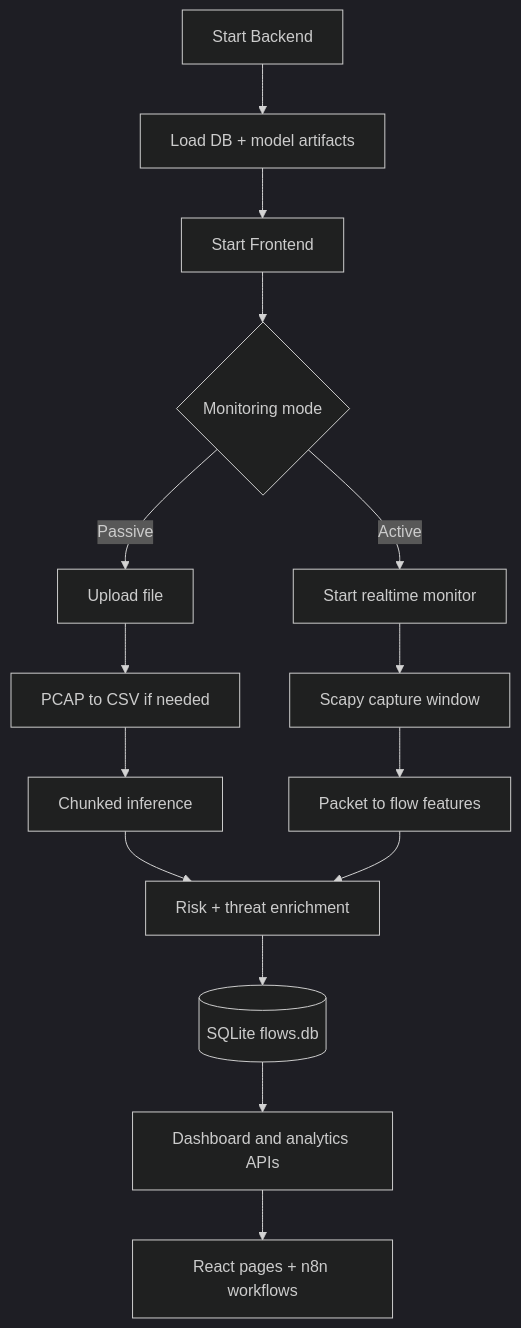
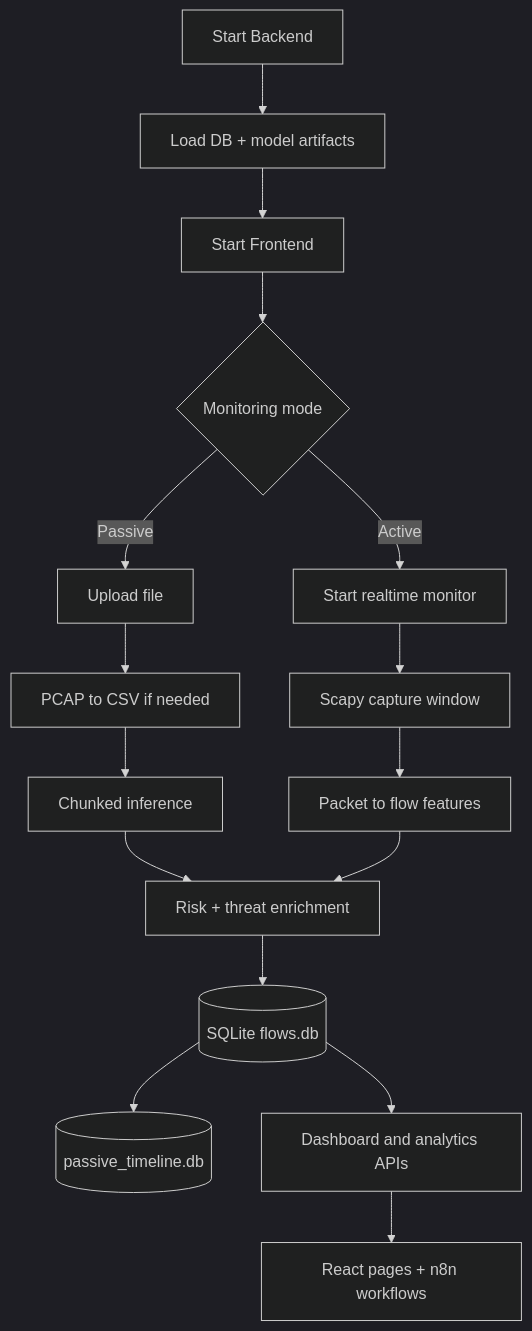
The diagram in docs/07_execution.md (nalintern2026/nal), drawn with Mermaid (dark theme) before and after one commit. The commit also changed 31 other files, not shown here.

````diff
--- a/docs/07_execution.md
+++ b/docs/07_execution.md
@@ -55,17 +55,18 @@
 ```mermaid
 flowchart TD
   A[Start Backend] --> B[Load DB + model artifacts]
   B --> C[Start Frontend]
   C --> D{Monitoring mode}
   D -->|Passive| E[Upload file]
   D -->|Active| F[Start realtime monitor]
   E --> G[PCAP to CSV if needed]
   G --> H[Chunked inference]
   F --> I[Scapy capture window]
   I --> J[Packet to flow features]
   H --> K[Risk + threat enrichment]
   J --> K
   K --> L[(SQLite flows.db)]
+  L --> O[(passive_timeline.db)]
   L --> M[Dashboard and analytics APIs]
   M --> N[React pages + n8n workflows]
 ```
````
